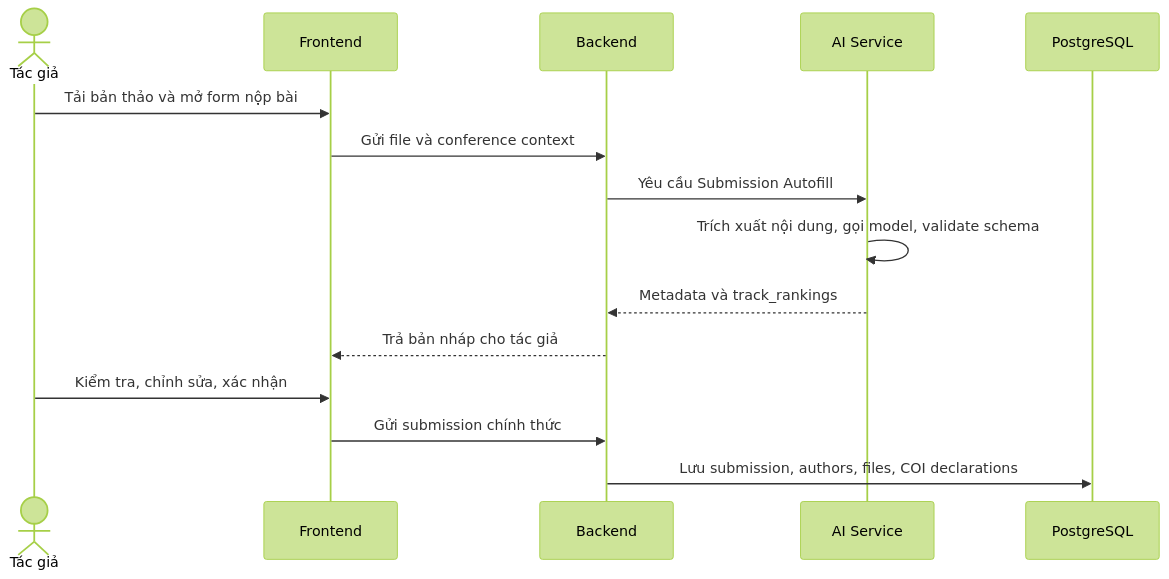
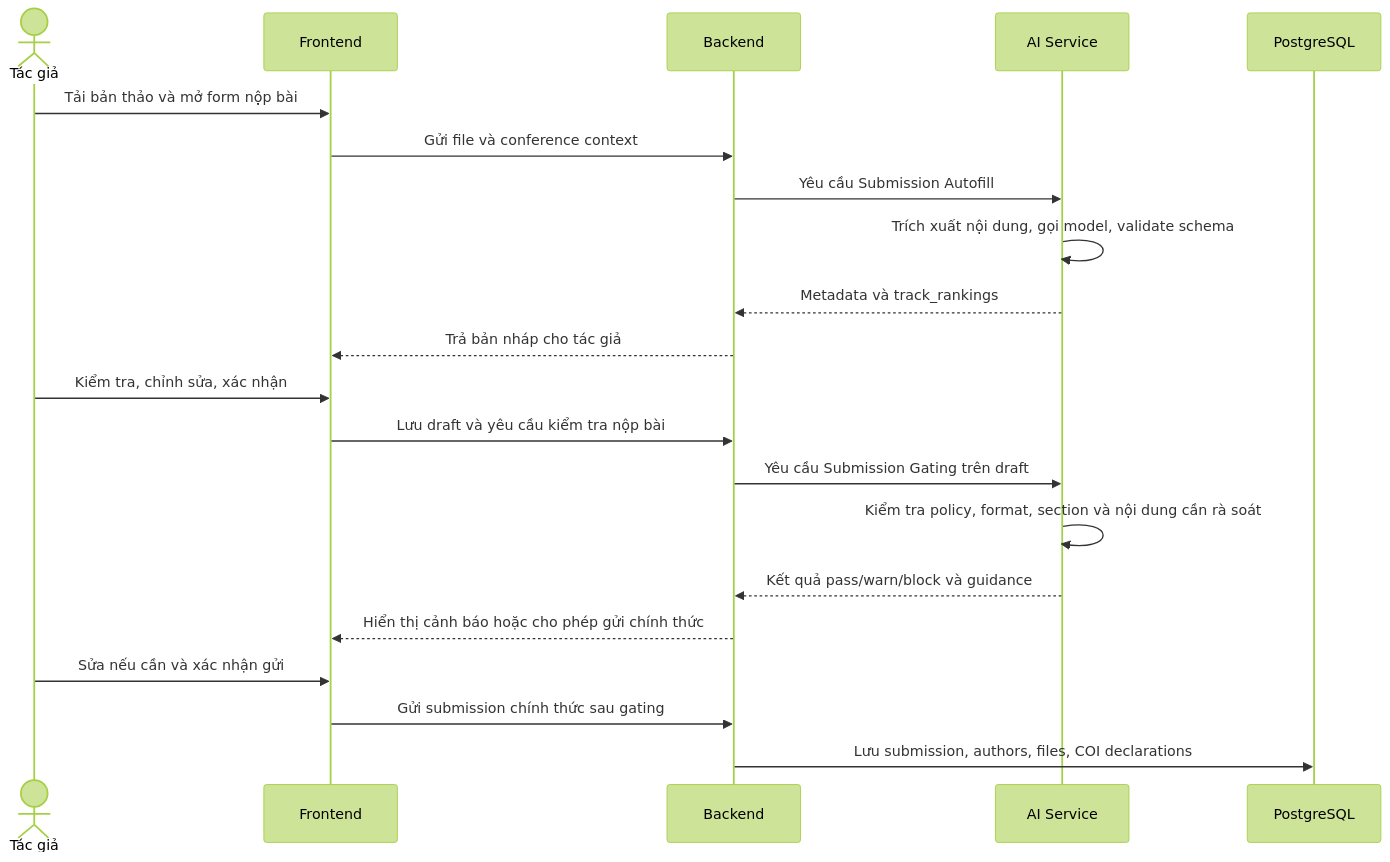
Diagram 13 of 19 in docs/report/compiled/final_combined/03-xay-dung-he-thong.md (5CLCsCan/ConferenceSpace), drawn with Mermaid (forest theme) before and after one commit. The commit also changed other lines of this file, not shown here.

Commit message:
Add submission gating to submission flow

````diff
--- a/docs/report/compiled/final_combined/03-xay-dung-he-thong.md
+++ b/docs/report/compiled/final_combined/03-xay-dung-he-thong.md
@@ -389,18 +393,24 @@
 ```mermaid
 sequenceDiagram
     actor Author as Tác giả
     participant FE as Frontend
     participant BE as Backend
     participant AI as AI Service
     participant DB as PostgreSQL
 
     Author->>FE: Tải bản thảo và mở form nộp bài
     FE->>BE: Gửi file và conference context
     BE->>AI: Yêu cầu Submission Autofill
     AI->>AI: Trích xuất nội dung, gọi model, validate schema
     AI-->>BE: Metadata và track_rankings
     BE-->>FE: Trả bản nháp cho tác giả
     Author->>FE: Kiểm tra, chỉnh sửa, xác nhận
-    FE->>BE: Gửi submission chính thức
+    FE->>BE: Lưu draft và yêu cầu kiểm tra nộp bài
+    BE->>AI: Yêu cầu Submission Gating trên draft
+    AI->>AI: Kiểm tra policy, format, section và nội dung cần rà soát
+    AI-->>BE: Kết quả pass/warn/block và guidance
+    BE-->>FE: Hiển thị cảnh báo hoặc cho phép gửi chính thức
+    Author->>FE: Sửa nếu cần và xác nhận gửi
+    FE->>BE: Gửi submission chính thức sau gating
     BE->>DB: Lưu submission, authors, files, COI declarations
 ```
````
